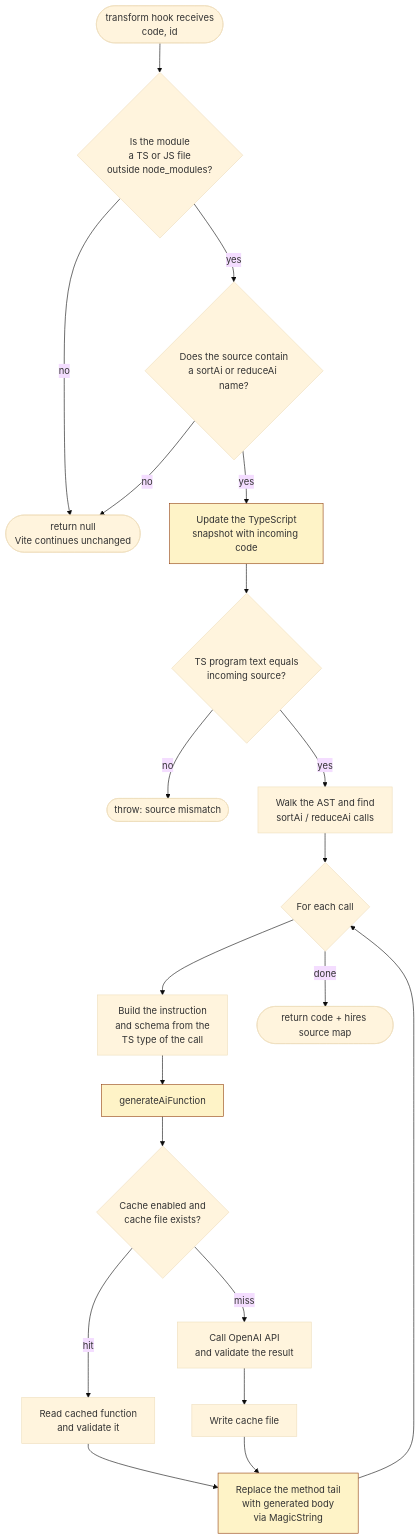
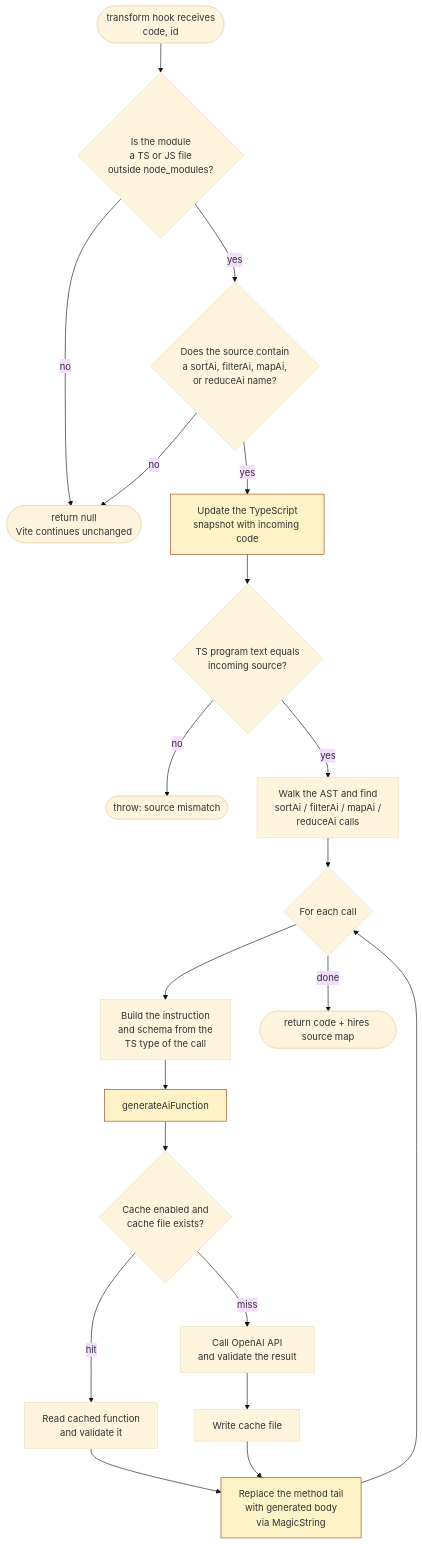
Before and after one commit to rand0mC0d3r/ai-lambda: the second of 3 diagrams in packages/vite-plugin/docs/architecture.md, drawn with Mermaid (base theme). The commit also changed other lines of this file, not shown here.

Commit message:
docs: update architecture documentation to include filterAi and mapAi in transform hook details

````diff
--- a/packages/vite-plugin/docs/architecture.md
+++ b/packages/vite-plugin/docs/architecture.md
@@ -47,26 +47,26 @@
 ```mermaid
 flowchart TD
     T([transform hook receives<br/>code, id]) --> U{Is the module<br/>a TS or JS file<br/>outside node_modules?}
     U -->|no| P1([return null<br/>Vite continues unchanged])
-    U -->|yes| V{Does the source contain<br/>a sortAi or reduceAi name?}
+    U -->|yes| V{Does the source contain<br/>a sortAi, filterAi, mapAi,<br/>or reduceAi name?}
     V -->|no| P1
     V -->|yes| W[Update the TypeScript<br/>snapshot with incoming code]
     W --> X{TS program text equals<br/>incoming source?}
     X -->|no| ERR1([throw: source mismatch])
-    X -->|yes| Y[Walk the AST and find<br/>sortAi / reduceAi calls]
+    X -->|yes| Y[Walk the AST and find<br/>sortAi / filterAi / mapAi /<br/>reduceAi calls]
     Y --> Z{For each call}
     Z --> AA[Build the instruction<br/>and schema from the<br/>TS type of the call]
     AA --> AB[generateAiFunction]
     AB --> AC{Cache enabled and<br/>cache file exists?}
     AC -->|hit| AD[Read cached function<br/>and validate it]
     AC -->|miss| AE[Call OpenAI API<br/>and validate the result]
     AE --> AF[Write cache file]
     AD --> AG[Replace the method tail<br/>with generated body<br/>via MagicString]
     AF --> AG
     AG --> Z
     Z -->|done| AH([return code + hires source map])
 
     style W fill:#fef3c7,stroke:#92400e
     style AB fill:#fef3c7,stroke:#92400e
     style AG fill:#fef3c7,stroke:#92400e
 ```
````
